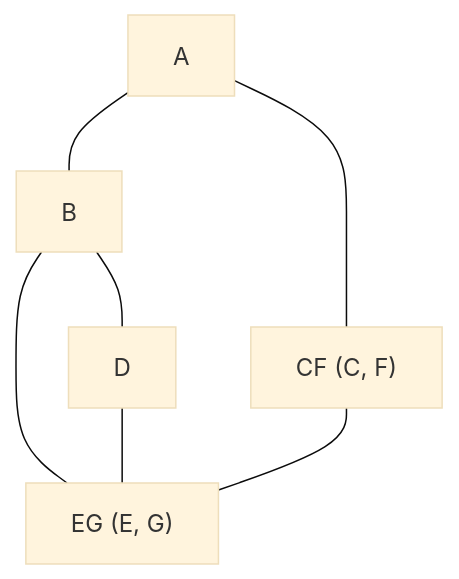
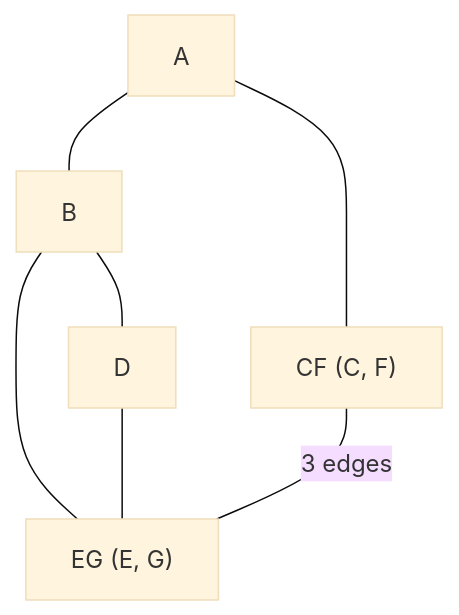
The third of 5 diagrams in partition/k-cut.md (hmdsefi/gograph), drawn with Mermaid (base theme) before and after one commit. The commit also changed other lines of this file and 1 other file, not shown here.

Commit message:
Show edge counts in the k-cut steps and the stop check in the Girvan-Newman flowchart

````diff
--- a/partition/k-cut.md
+++ b/partition/k-cut.md
@@ -77,11 +77,11 @@
 ```mermaid
 flowchart TD
     EG["EG (E, G)"]
     CF["CF (C, F)"]
     A --- B
     A --- CF
     B --- D
     B --- EG
     D --- EG
-    CF --- EG
+    CF ---|"3 edges"| EG
 ```
````
